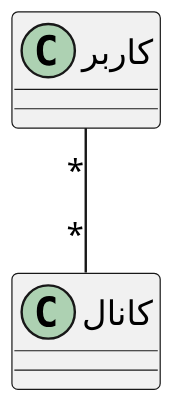
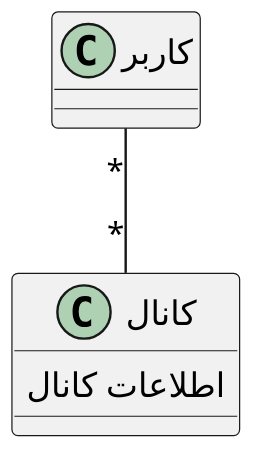
Before and after one commit to soleyman79/Qasedak: the diagram in Diagrams/Class/searchChanel.puml, drawn with PlantUML. The commit also changed 15 other files, not shown here.

```diff
--- a/Diagrams/Class/searchChanel.puml
+++ b/Diagrams/Class/searchChanel.puml
@@ -1,15 +1,16 @@
-@startuml searcg_chanel
+@startuml search_chanel
 
 scale 2
 skinparam DefaultFontName B Nazanin
 
 
 class "کاربر" as user {
 }
 
 class "کانال" as chanel {
+    اطلاعات کانال
 }
 
 user "*" -- "*" chanel
 
 @enduml
```
